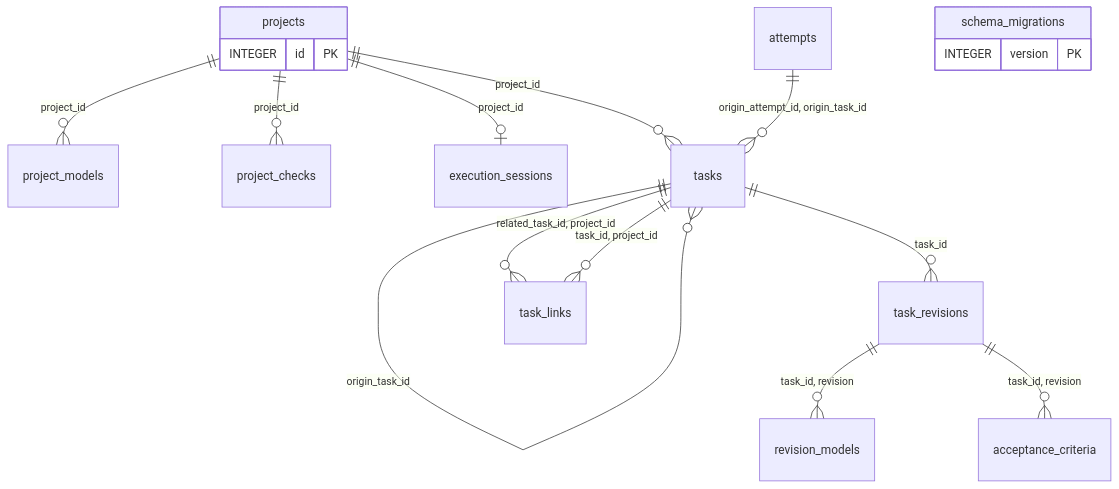
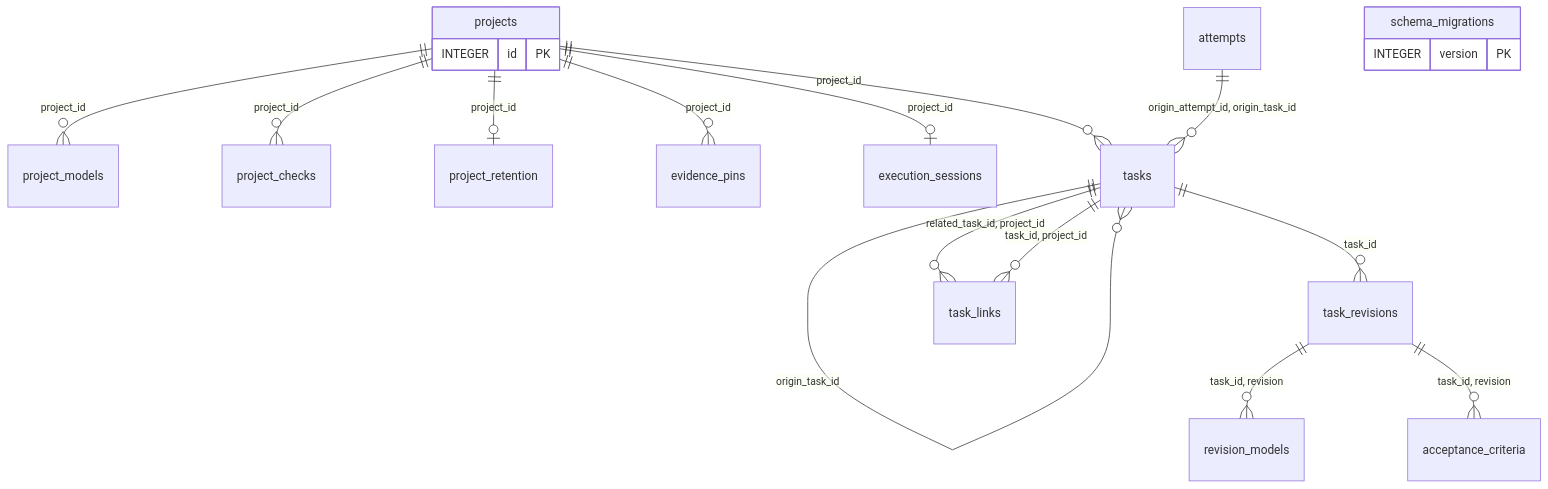
The first of 3 diagrams in docs/STORAGE.md (IllyaYalovyy/ktask-rs), drawn with Mermaid before and after one commit. The commit also changed other lines of this file and 27 other files, not shown here.

````diff
--- a/docs/STORAGE.md
+++ b/docs/STORAGE.md
@@ -98,21 +98,23 @@
 ```mermaid
 erDiagram
     projects {
         INTEGER id PK
     }
     projects ||--o{ project_models : "project_id"
     projects ||--o{ project_checks : "project_id"
+    projects ||--o| project_retention : "project_id"
+    projects ||--o{ evidence_pins : "project_id"
     projects ||--o| execution_sessions : "project_id"
     projects ||--o{ tasks : "project_id"
     tasks ||--o{ tasks : "recovery_root_id"
     tasks ||--o{ tasks : "origin_task_id"
     attempts ||--o{ tasks : "origin_attempt_id, origin_task_id"
     tasks ||--o{ task_revisions : "task_id"
     task_revisions ||--o{ revision_models : "task_id, revision"
     task_revisions ||--o{ acceptance_criteria : "task_id, revision"
     tasks ||--o{ task_links : "related_task_id, project_id"
     tasks ||--o{ task_links : "task_id, project_id"
     schema_migrations {
         INTEGER version PK
     }
 ```
````
